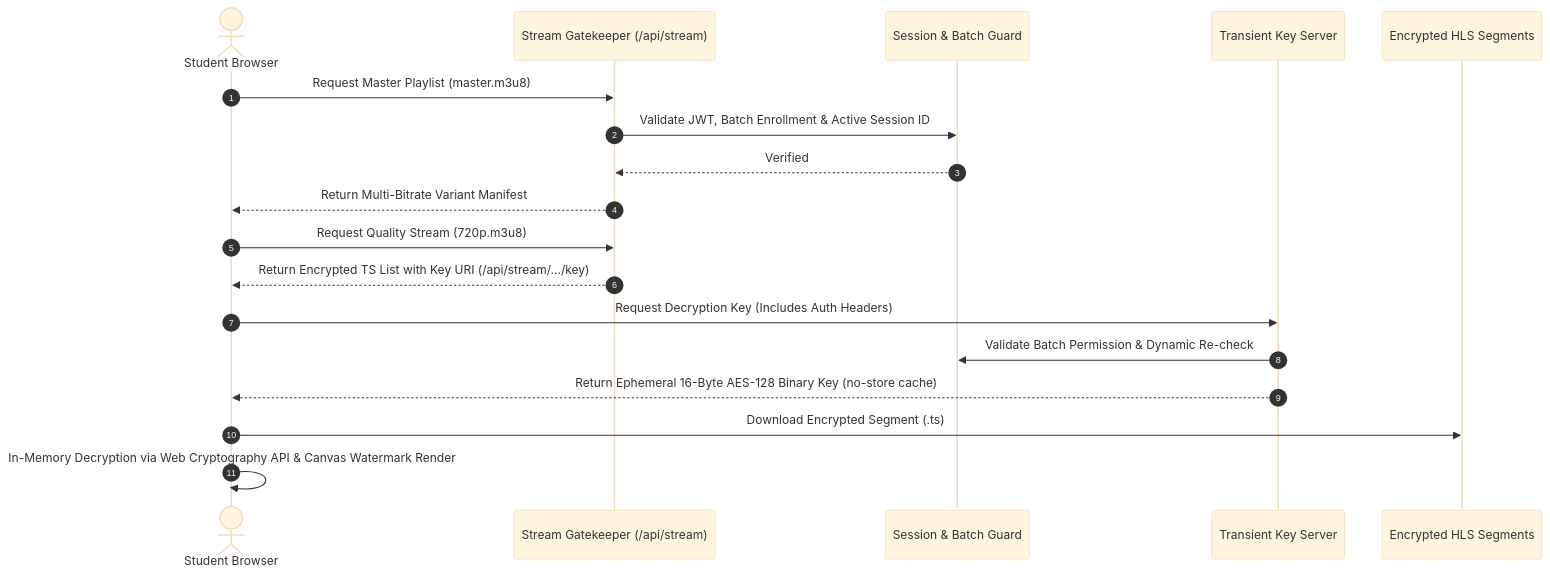
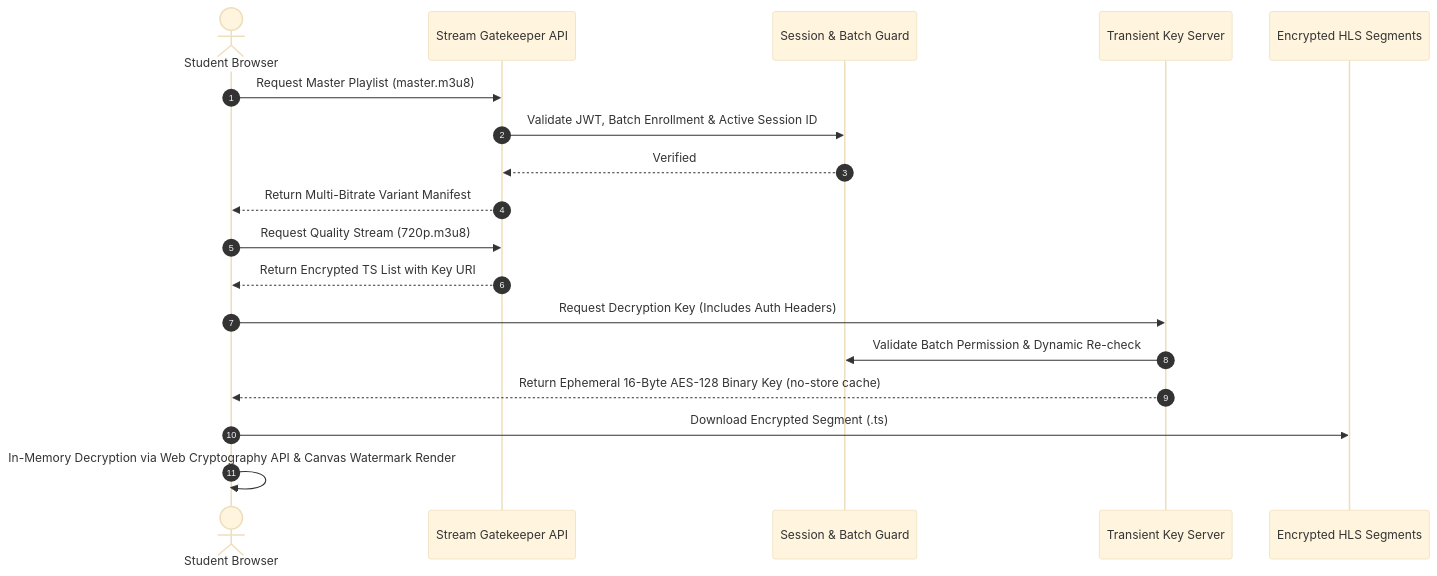
The second of 2 diagrams in README.md (shubham-gayke/Learning-Management-System), drawn with Mermaid (base theme) before and after one commit. The commit also changed other lines of this file, not shown here.

Commit message:
fix(docs): fix Mermaid diagram syntax for GitHub renderer

````diff
--- a/README.md
+++ b/README.md
@@ -85,24 +96,24 @@
 ```mermaid
 sequenceDiagram
     autonumber
     actor Student as Student Browser
-    participant Gateway as Stream Gatekeeper (/api/stream)
+    participant Gateway as Stream Gatekeeper API
     participant Auth as Session & Batch Guard
     participant KeyServer as Transient Key Server
     participant Storage as Encrypted HLS Segments
 
     Student->>Gateway: Request Master Playlist (master.m3u8)
     Gateway->>Auth: Validate JWT, Batch Enrollment & Active Session ID
     Auth-->>Gateway: Verified
     Gateway-->>Student: Return Multi-Bitrate Variant Manifest
     
     Student->>Gateway: Request Quality Stream (720p.m3u8)
-    Gateway-->>Student: Return Encrypted TS List with Key URI (/api/stream/.../key)
+    Gateway-->>Student: Return Encrypted TS List with Key URI
     
     Student->>KeyServer: Request Decryption Key (Includes Auth Headers)
     KeyServer->>Auth: Validate Batch Permission & Dynamic Re-check
     KeyServer-->>Student: Return Ephemeral 16-Byte AES-128 Binary Key (no-store cache)
     
     Student->>Storage: Download Encrypted Segment (.ts)
     Student->>Student: In-Memory Decryption via Web Cryptography API & Canvas Watermark Render
 ```
````
